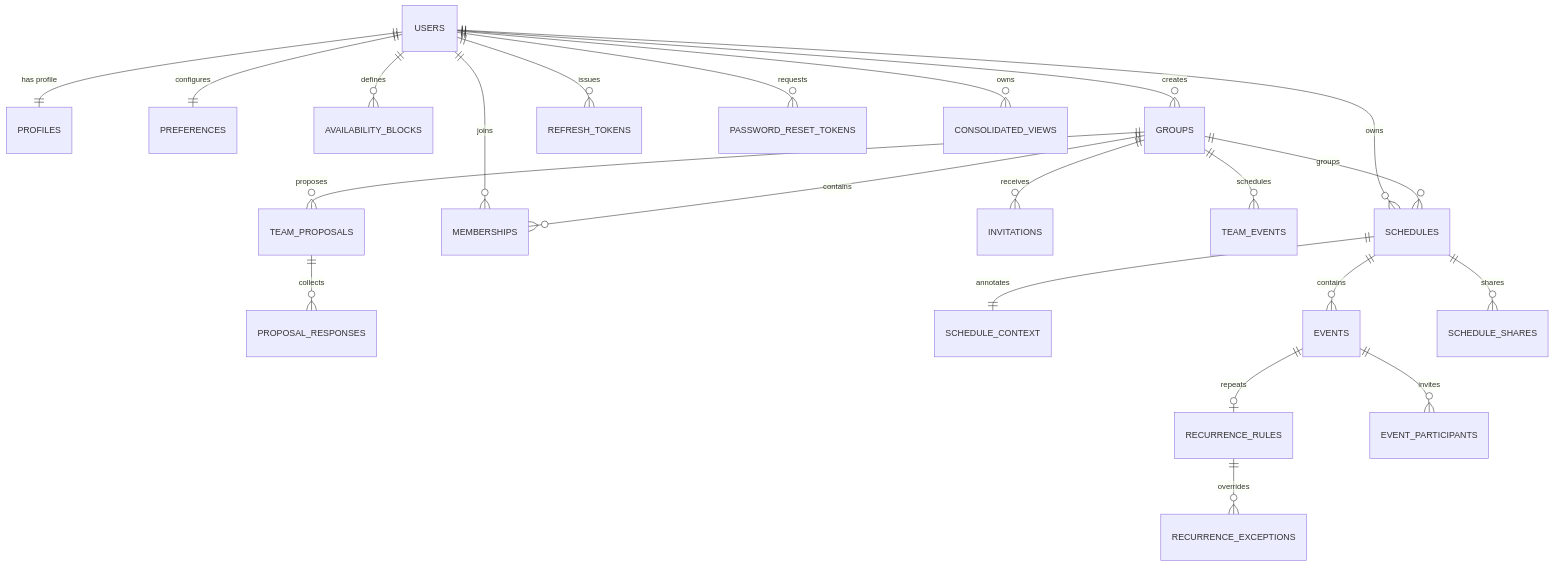
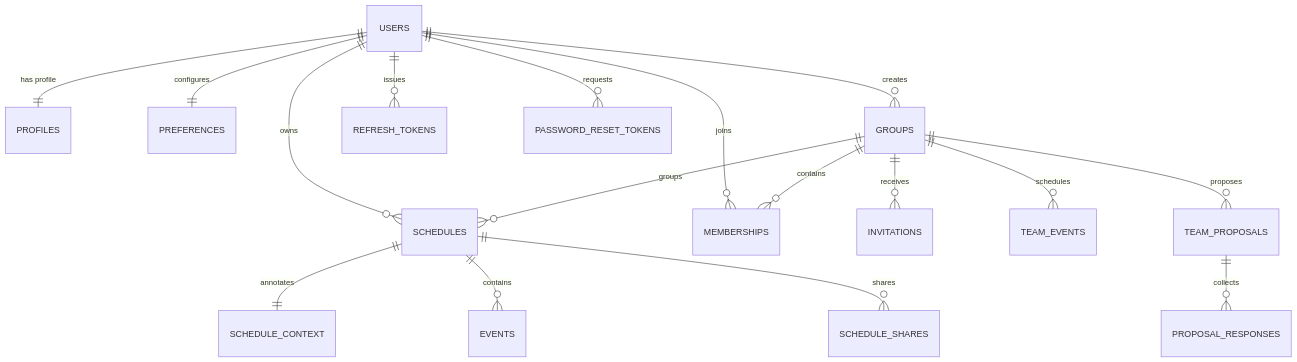
Before and after one commit to CDJ-Builders/SchedulaV1: the diagram in docs/schemas/SCHEDULA_DB_SCHEMA.md, drawn with Mermaid. The commit also changed other lines of this file and 18 other files, not shown here.

````diff
--- a/docs/schemas/SCHEDULA_DB_SCHEMA.md
+++ b/docs/schemas/SCHEDULA_DB_SCHEMA.md
@@ -9,24 +9,19 @@
 ```mermaid
 erDiagram
     USERS ||--|| PROFILES : "has profile"
     USERS ||--|| PREFERENCES : "configures"
     USERS ||--o{ SCHEDULES : "owns"
-    USERS ||--o{ AVAILABILITY_BLOCKS : "defines"
     USERS ||--o{ GROUPS : "creates"
     USERS ||--o{ MEMBERSHIPS : "joins"
     USERS ||--o{ REFRESH_TOKENS : "issues"
     USERS ||--o{ PASSWORD_RESET_TOKENS : "requests"
     GROUPS ||--o{ MEMBERSHIPS : "contains"
     GROUPS ||--o{ SCHEDULES : "groups"
     GROUPS ||--o{ INVITATIONS : "receives"
     GROUPS ||--o{ TEAM_EVENTS : "schedules"
     GROUPS ||--o{ TEAM_PROPOSALS : "proposes"
     TEAM_PROPOSALS ||--o{ PROPOSAL_RESPONSES : "collects"
     SCHEDULES ||--|| SCHEDULE_CONTEXT : "annotates"
     SCHEDULES ||--o{ EVENTS : "contains"
     SCHEDULES ||--o{ SCHEDULE_SHARES : "shares"
-    EVENTS ||--o| RECURRENCE_RULES : "repeats"
-    RECURRENCE_RULES ||--o{ RECURRENCE_EXCEPTIONS : "overrides"
-    EVENTS ||--o{ EVENT_PARTICIPANTS : "invites"
-    USERS ||--o{ CONSOLIDATED_VIEWS : "owns"
 ```
````
